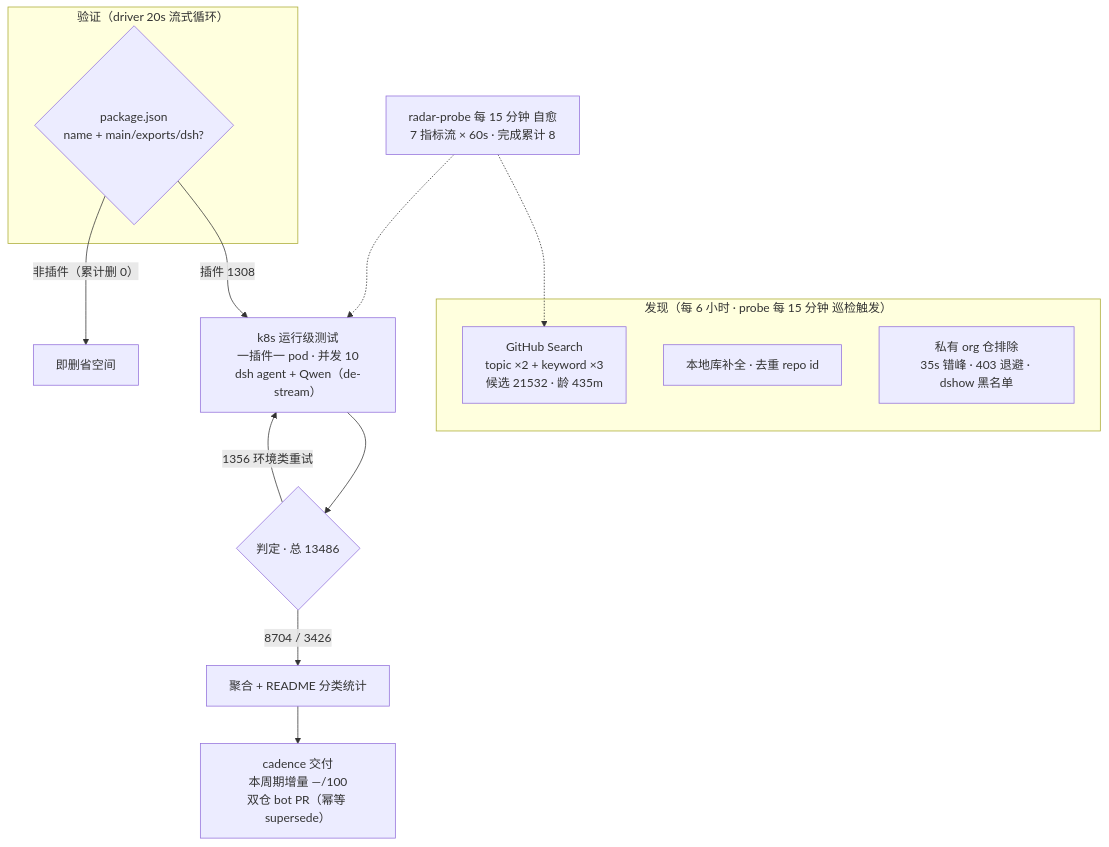
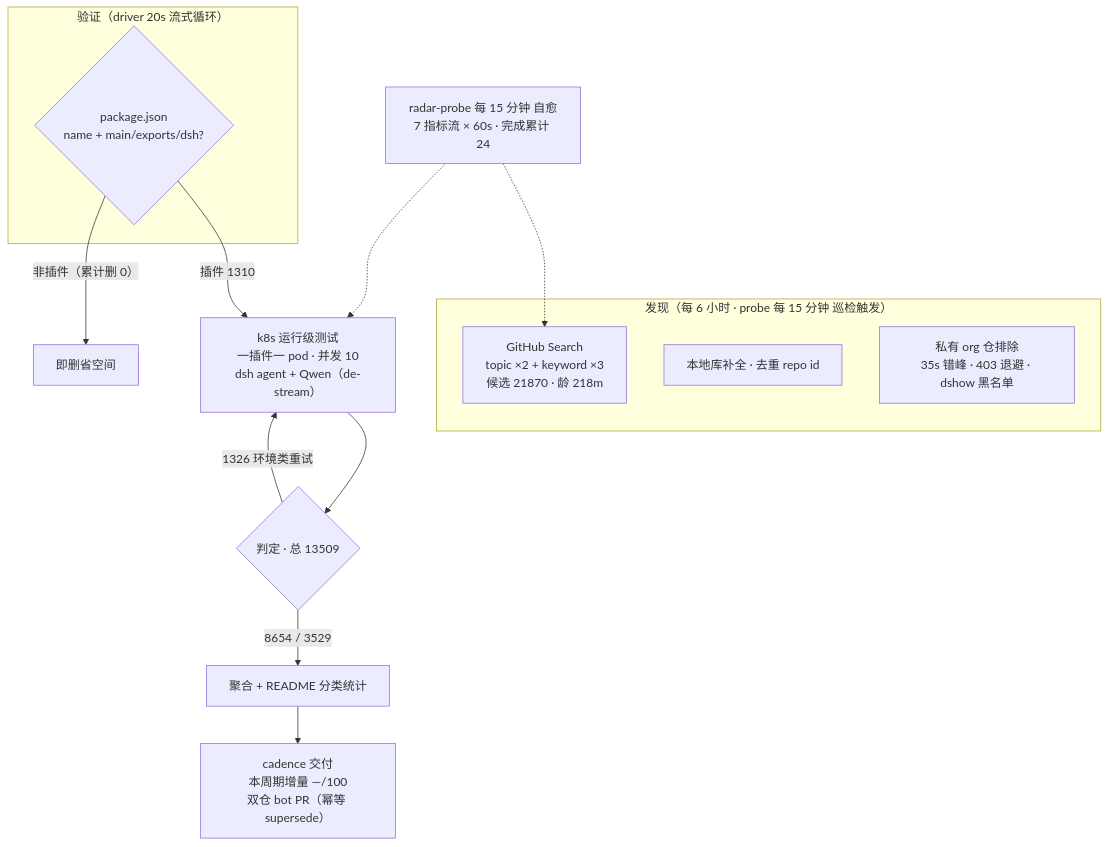
Before and after one commit to Zhidao-Lab-OSS/awesome-dsh-plugins: the diagram in README.md, drawn with Mermaid. The commit also changed other lines of this file, not shown here.

````diff
--- a/README.md
+++ b/README.md
@@ -51,20 +51,20 @@
 ```mermaid
 flowchart TB
     subgraph Discovery["发现（每 6 小时 · probe 每 15 分钟 巡检触发）"]
-        A1["GitHub Search<br/>topic ×2 + keyword ×3<br/>候选 21532 · 龄 435m"]
+        A1["GitHub Search<br/>topic ×2 + keyword ×3<br/>候选 21870 · 龄 218m"]
         A2["本地库补全 · 去重 repo id"]
         A3["私有 org 仓排除<br/>35s 错峰 · 403 退避 · dshow 黑名单"]
     end
     subgraph Validation["验证（driver 20s 流式循环）"]
         B1{"package.json<br/>name + main/exports/dsh?"}
     end
-    B1 -->|"插件 1308"| C1["k8s 运行级测试<br/>一插件一 pod · 并发 10<br/>dsh agent + Qwen（de-stream）"]
+    B1 -->|"插件 1310"| C1["k8s 运行级测试<br/>一插件一 pod · 并发 10<br/>dsh agent + Qwen（de-stream）"]
     B1 -->|"非插件（累计删 0）"| B3["即删省空间"]
-    C1 --> D1{"判定 · 总 13486"}
-    D1 -->|"8704 / 3426"| E1["聚合 + README 分类统计"]
-    D1 -->|"1356 环境类重试"| C1
+    C1 --> D1{"判定 · 总 13509"}
+    D1 -->|"8654 / 3529"| E1["聚合 + README 分类统计"]
+    D1 -->|"1326 环境类重试"| C1
     E1 --> E2["cadence 交付<br/>本周期增量 —/100<br/>双仓 bot PR（幂等 supersede）"]
-    M["radar-probe 每 15 分钟 自愈<br/>7 指标流 × 60s · 完成累计 8"]
+    M["radar-probe 每 15 分钟 自愈<br/>7 指标流 × 60s · 完成累计 24"]
     M -.-> A1
     M -.-> C1
 ```
````
